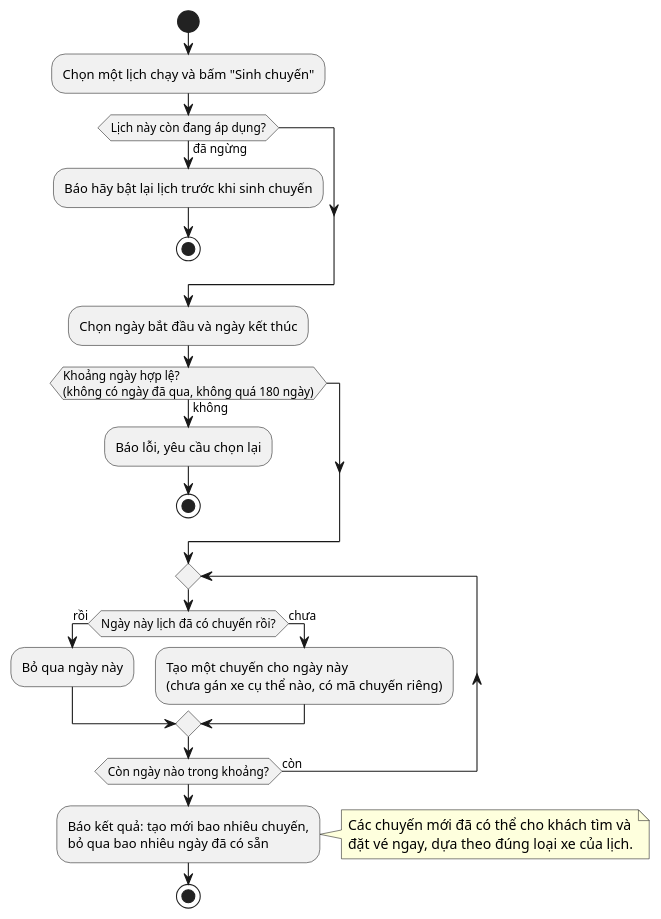
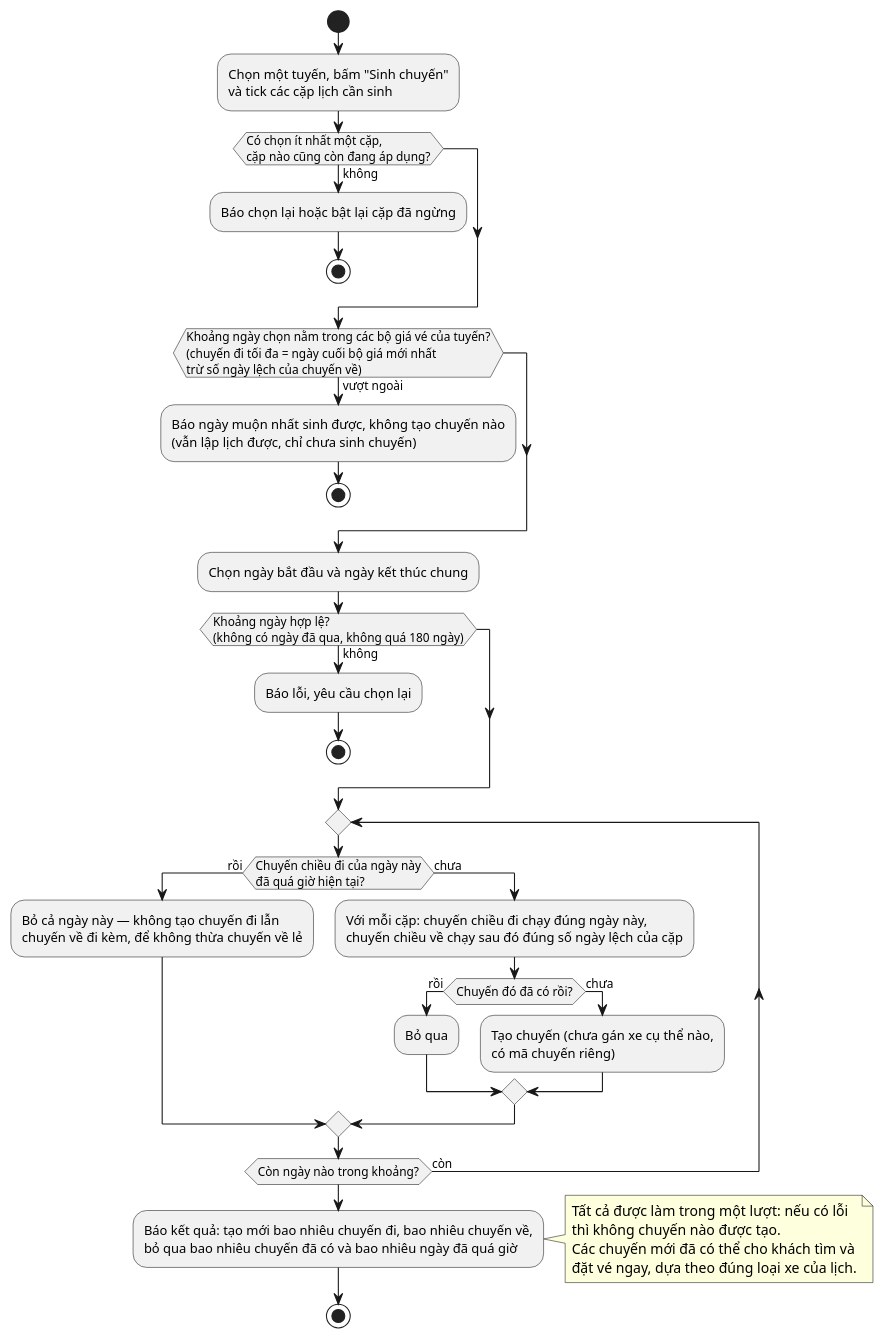
Diagram 22 of 52 in UML_DIAGRAMS.md (nguyenvietanhit19/Project1_HeThongQuanLyNhaXeKhachLienTinh), drawn with PlantUML before and after one commit. The commit also changed other lines of this file and 28 other files, not shown here.

````diff
--- a/UML_DIAGRAMS.md
+++ b/UML_DIAGRAMS.md
@@ -679,28 +684,39 @@
 ```plantuml
 @startuml AD_UC47_SinhChuyen
 start
-:Chọn một lịch chạy và bấm "Sinh chuyến";
-if (Lịch này còn đang áp dụng?) then (đã ngừng)
-  :Báo hãy bật lại lịch trước khi sinh chuyến;
+:Chọn một tuyến, bấm "Sinh chuyến"\nvà tick các cặp lịch cần sinh;
+if (Có chọn ít nhất một cặp,\ncặp nào cũng còn đang áp dụng?) then (không)
+  :Báo chọn lại hoặc bật lại cặp đã ngừng;
   stop
 endif
-:Chọn ngày bắt đầu và ngày kết thúc;
+if (Khoảng ngày chọn nằm trong các bộ giá vé của tuyến?\n(chuyến đi tối đa = ngày cuối bộ giá mới nhất\ntrừ số ngày lệch của chuyến về)) then (vượt ngoài)
+  :Báo ngày muộn nhất sinh được, không tạo chuyến nào\n(vẫn lập lịch được, chỉ chưa sinh chuyến);
+  stop
+endif
+:Chọn ngày bắt đầu và ngày kết thúc chung;
 if (Khoảng ngày hợp lệ?\n(không có ngày đã qua, không quá 180 ngày)) then (không)
   :Báo lỗi, yêu cầu chọn lại;
   stop
 endif
 repeat
-  if (Ngày này lịch đã có chuyến rồi?) then (rồi)
-    :Bỏ qua ngày này;
+  if (Chuyến chiều đi của ngày này\nđã quá giờ hiện tại?) then (rồi)
+    :Bỏ cả ngày này — không tạo chuyến đi lẫn\nchuyến về đi kèm, để không thừa chuyến về lẻ;
   else (chưa)
-    :Tạo một chuyến cho ngày này\n(chưa gán xe cụ thể nào, có mã chuyến riêng);
+    :Với mỗi cặp: chuyến chiều đi chạy đúng ngày này,\nchuyến chiều về chạy sau đó đúng số ngày lệch của cặp;
+    if (Chuyến đó đã có rồi?) then (rồi)
+      :Bỏ qua;
+    else (chưa)
+      :Tạo chuyến (chưa gán xe cụ thể nào,\ncó mã chuyến riêng);
+    endif
   endif
 repeat while (Còn ngày nào trong khoảng?) is (còn)
-:Báo kết quả: tạo mới bao nhiêu chuyến,\nbỏ qua bao nhiêu ngày đã có sẵn;
+:Báo kết quả: tạo mới bao nhiêu chuyến đi, bao nhiêu chuyến về,\nbỏ qua bao nhiêu chuyến đã có và bao nhiêu ngày đã quá giờ;
 note right
+  Tất cả được làm trong một lượt: nếu có lỗi
+  thì không chuyến nào được tạo.
   Các chuyến mới đã có thể cho khách tìm và
   đặt vé ngay, dựa theo đúng loại xe của lịch.
 end note
 stop
 @enduml
 ```
````
